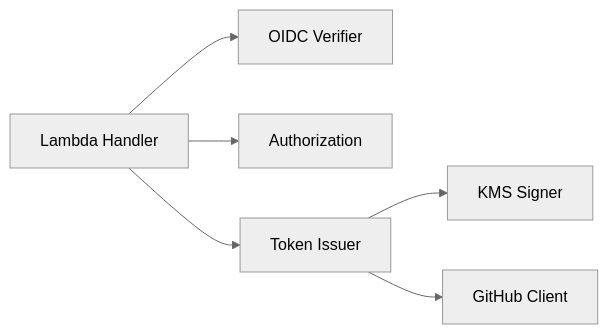
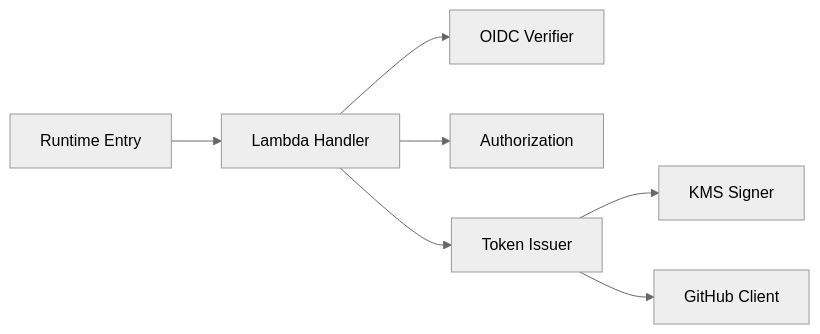
One commit to tmknom/gates changed the diagram in docs/design/lambda.md. Above: the diagram before and after it, drawn with Mermaid (neutral theme). The commit also changed other lines of this file and 3 other files, not shown here.

First line of the commit message:
docs(lambda): specify runtime entry, error messages, and audit format

````diff
--- a/docs/design/lambda.md
+++ b/docs/design/lambda.md
@@ -278,9 +301,9 @@
 ```mermaid
 flowchart LR
-  H[Lambda Handler]
+  E[Runtime Entry] --> H[Lambda Handler]
   H --> V[OIDC Verifier]
   H --> A[Authorization]
   H --> I[Token Issuer]
   I --> K[KMS Signer]
   I --> G[GitHub Client]
 ```
````
